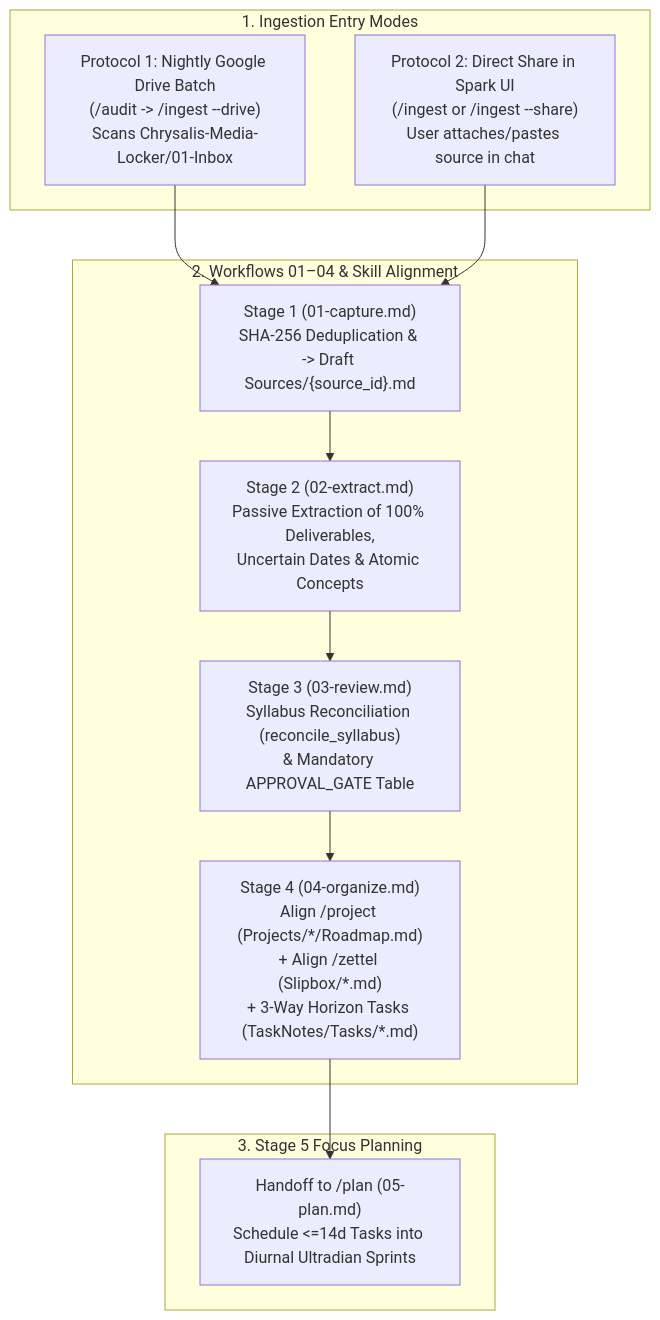
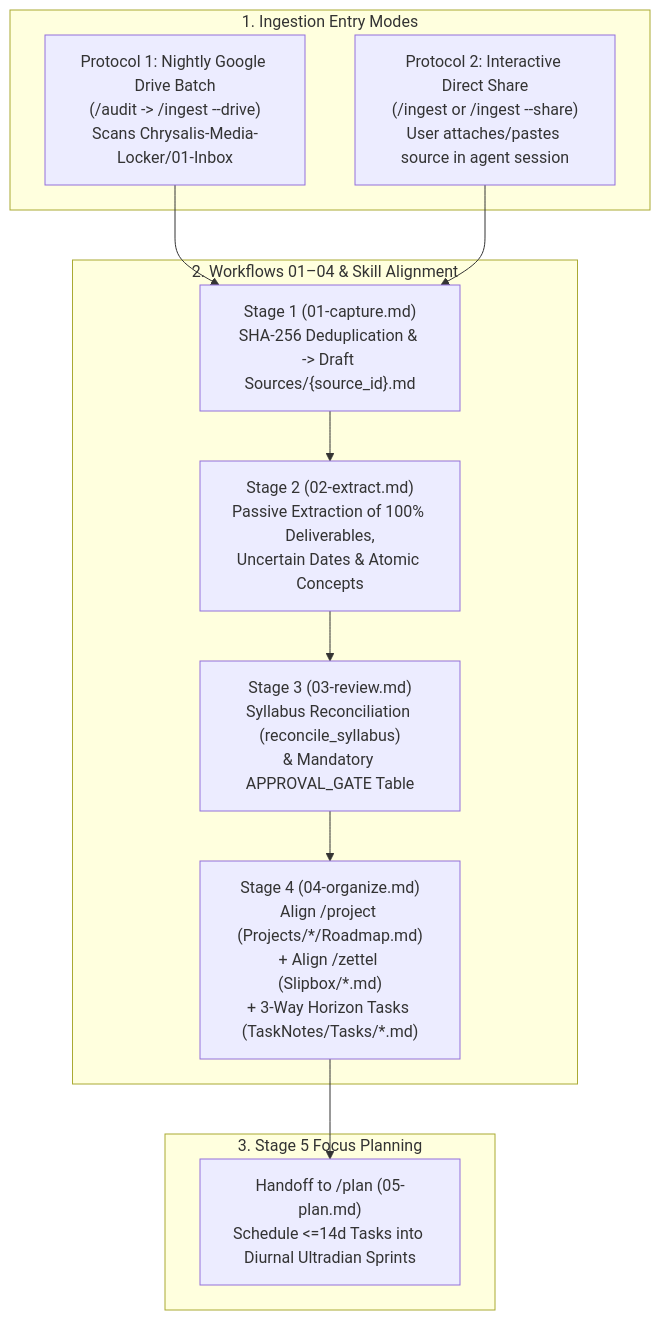
One commit to tama-gucci/chrysalis changed the diagram in .agent/skills/ingest/SKILL.md. Above: the diagram before and after it, drawn with Mermaid. The commit also changed other lines of this file and 24 other files, not shown here.

Commit message:
chore: retire Gemini Spark & Golem workarounds, record A2 access architecture, and prune legacy artifacts in update.py

````diff
--- a/.agent/skills/ingest/SKILL.md
+++ b/.agent/skills/ingest/SKILL.md
@@ -40,22 +40,22 @@
 ```mermaid
 flowchart TD
     subgraph Entry["1. Ingestion Entry Modes"]
         D["Protocol 1: Nightly Google Drive Batch\n(/audit -> /ingest --drive)\nScans Chrysalis-Media-Locker/01-Inbox"]
-        S["Protocol 2: Direct Share in Spark UI\n(/ingest or /ingest --share)\nUser attaches/pastes source in chat"]
+        S["Protocol 2: Interactive Direct Share\n(/ingest or /ingest --share)\nUser attaches/pastes source in agent session"]
     end
 
     subgraph Pipeline["2. Workflows 01–04 & Skill Alignment"]
         W1["Stage 1 (01-capture.md)\nSHA-256 Deduplication & <untrusted_document_payload>\n-> Draft Sources/{source_id}.md"]
         W2["Stage 2 (02-extract.md)\nPassive Extraction of 100% Deliverables,\nUncertain Dates & Atomic Concepts"]
         W3["Stage 3 (03-review.md)\nSyllabus Reconciliation (reconcile_syllabus)\n& Mandatory APPROVAL_GATE Table"]
         W4["Stage 4 (04-organize.md)\nAlign /project (Projects/*/Roadmap.md)\n+ Align /zettel (Slipbox/*.md)\n+ 3-Way Horizon Tasks (TaskNotes/Tasks/*.md)"]
     end
 
     subgraph Planning["3. Stage 5 Focus Planning"]
         P["Handoff to /plan (05-plan.md)\nSchedule <=14d Tasks into Diurnal Ultradian Sprints"]
     end
 
     D --> W1
     S --> W1
     W1 --> W2 --> W3 --> W4 --> P
 ```
````
